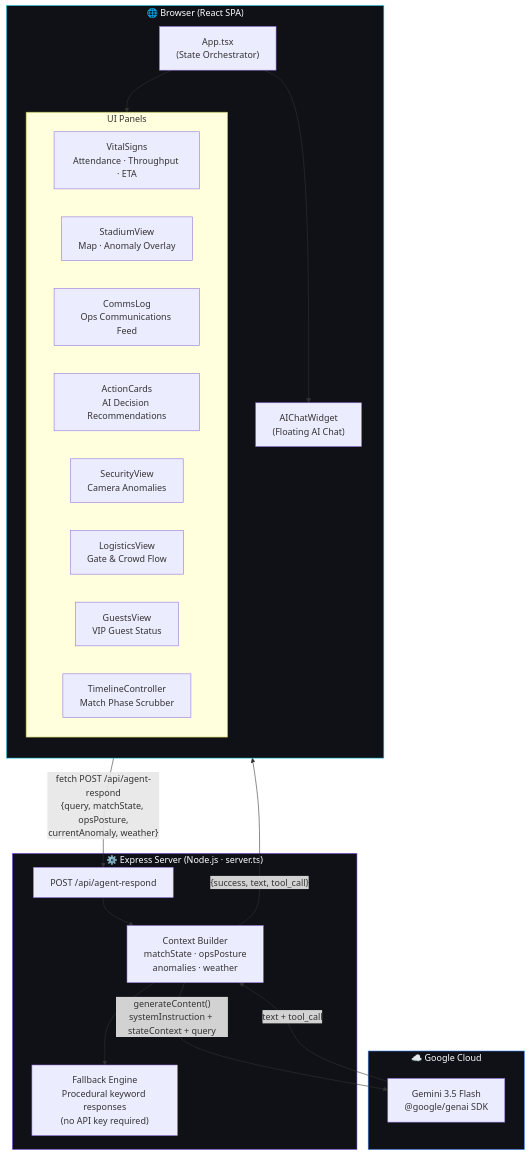
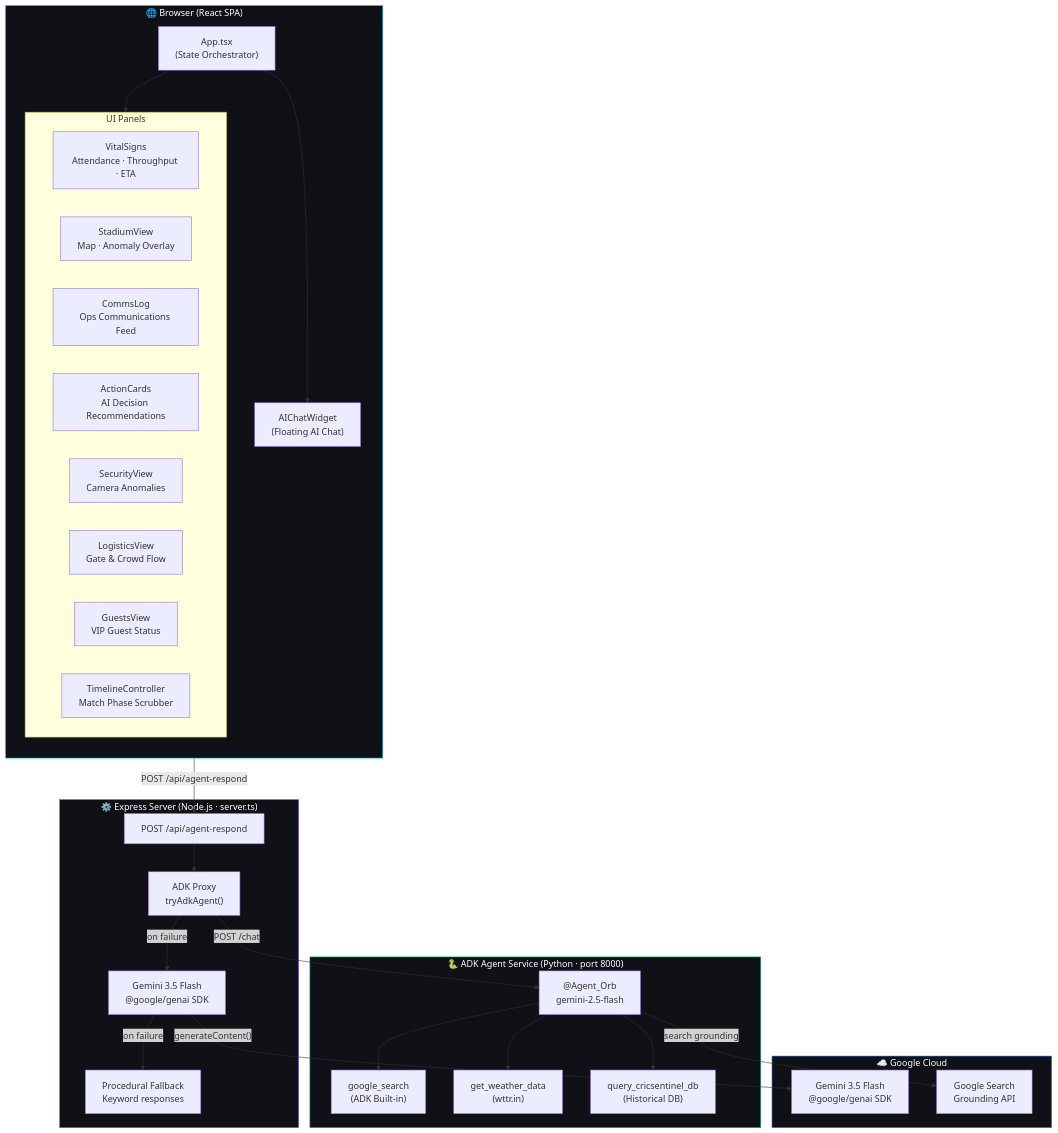
One commit to gauravlahoti/cricsentinel changed the first of 2 diagrams in README.md. Above: the diagram before and after it, drawn with Mermaid. The commit also changed other lines of this file and 38 other files, not shown here.

First line of the commit message:
feat: add Google ADK Python agent with live tools + fix chat widget transparency

````diff
--- a/README.md
+++ b/README.md
@@ -54,44 +130,58 @@
 ```mermaid
 graph TB
     subgraph Browser["🌐 Browser (React SPA)"]
         direction TB
         App["App.tsx\n(State Orchestrator)"]
         
         subgraph Panels["UI Panels"]
             VS["VitalSigns\nAttendance · Throughput · ETA"]
             SV["StadiumView\nMap · Anomaly Overlay"]
             CL["CommsLog\nOps Communications Feed"]
             AC["ActionCards\nAI Decision Recommendations"]
             SEC["SecurityView\nCamera Anomalies"]
             LOG["LogisticsView\nGate & Crowd Flow"]
             GV["GuestsView\nVIP Guest Status"]
             TC["TimelineController\nMatch Phase Scrubber"]
         end
         
         AI["AIChatWidget\n(Floating AI Chat)"]
         
         App --> Panels
         App --> AI
     end
 
     subgraph Server["⚙️ Express Server (Node.js · server.ts)"]
         EP["POST /api/agent-respond"]
-        CTX["Context Builder\nmatchState · opsPosture\nanomalies · weather"]
-        FB["Fallback Engine\nProcedural keyword responses\n(no API key required)"]
-        EP --> CTX
-        CTX --> FB
+        PROXY["ADK Proxy\ntryAdkAgent()"]
+        GEM_DIRECT["Gemini 3.5 Flash\n@google/genai SDK"]
+        FB["Procedural Fallback\nKeyword responses"]
+        EP --> PROXY
+        PROXY -->|"on failure"| GEM_DIRECT
+        GEM_DIRECT -->|"on failure"| FB
+    end
+
+    subgraph ADK["🐍 ADK Agent Service (Python · port 8000)"]
+        AGENT["@Agent_Orb\ngemini-2.5-flash"]
+        T1["google_search\n(ADK Built-in)"]
+        T2["get_weather_data\n(wttr.in)"]
+        T3["query_cricsentinel_db\n(Historical DB)"]
+        AGENT --> T1
+        AGENT --> T2
+        AGENT --> T3
     end
 
     subgraph GCP["☁️ Google Cloud"]
         GEM["Gemini 3.5 Flash\n@google/genai SDK"]
+        GSEARCH["Google Search\nGrounding API"]
     end
 
-    AI -->|"fetch POST /api/agent-respond\n{query, matchState, opsPosture,\ncurrentAnomaly, weather}"| EP
-    CTX -->|"generateContent()\nsystemInstruction + stateContext + query"| GEM
-    GEM -->|"text + tool_call"| CTX
-    CTX -->|"{success, text, tool_call}"| AI
+    AI -->|"POST /api/agent-respond"| EP
+    PROXY -->|"POST /chat"| AGENT
+    AGENT -->|"search grounding"| GSEARCH
+    GEM_DIRECT -->|"generateContent()"| GEM
 
     style Browser fill:#0f1117,stroke:#22d3ee,color:#fff
     style Server fill:#0f1117,stroke:#8b5cf6,color:#fff
+    style ADK fill:#0f1117,stroke:#10b981,color:#fff
     style GCP fill:#0f1117,stroke:#3b82f6,color:#fff
 ```
````
